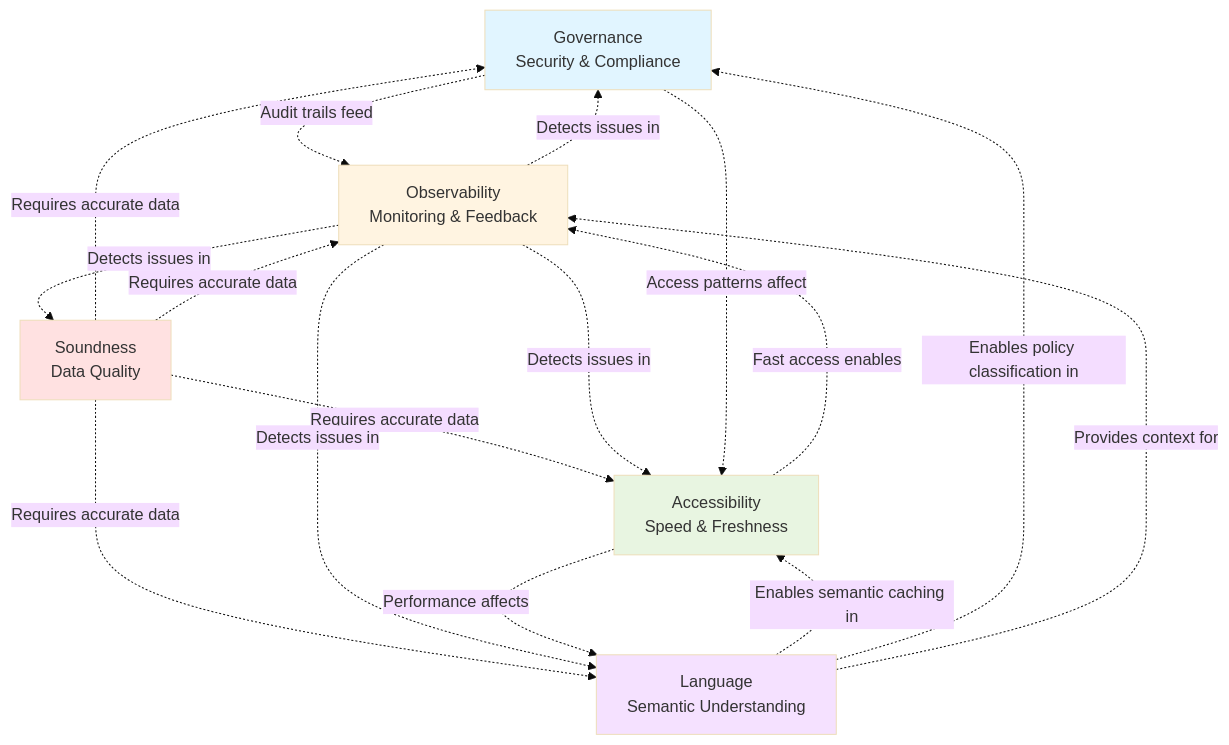
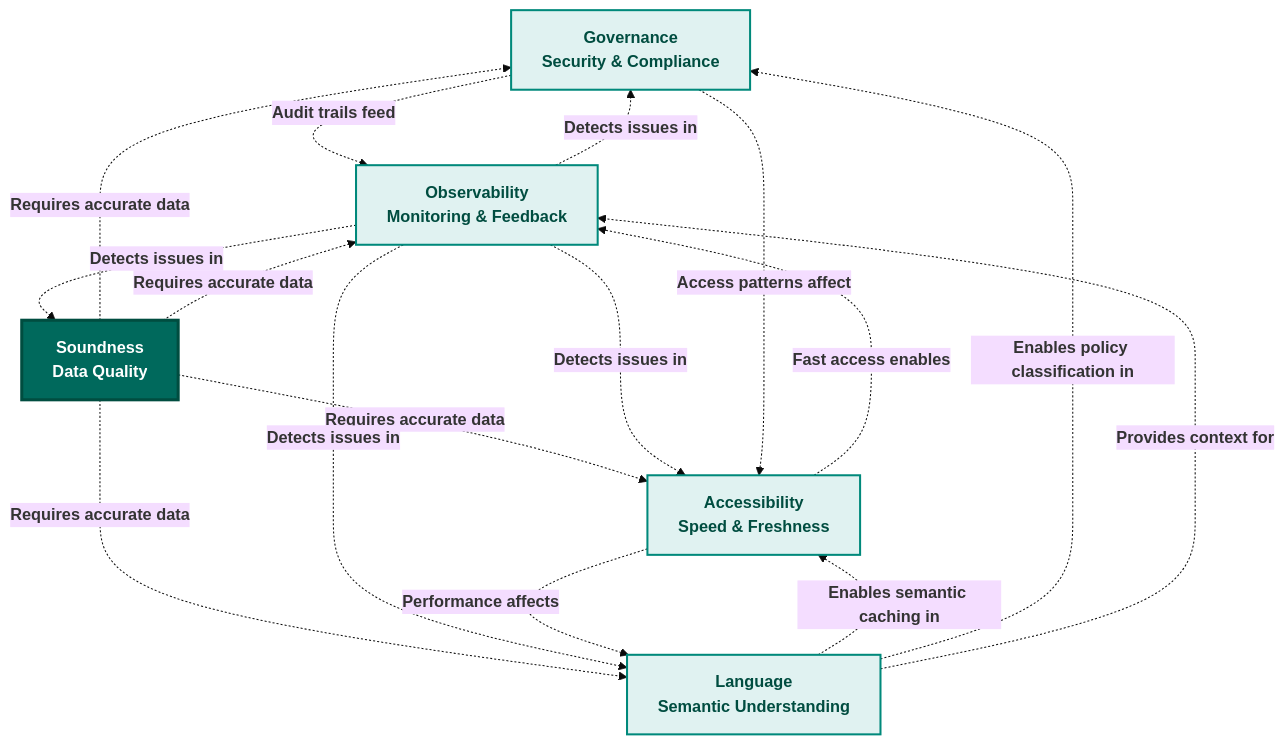
The ninth of 11 diagrams in chapter-02/chapter_2_complete.md (colaberry/enterprise-data-readiness-ai-agents), drawn with Mermaid (base theme) before and after one commit. The commit also changed other lines of this file and 1 other file, not shown here.

````diff
--- a/chapter-02/chapter_2_complete.md
+++ b/chapter-02/chapter_2_complete.md
@@ -1342,34 +1383,34 @@
 ```mermaid
 graph TB
-    G[Governance<br/>Security & Compliance]
-    O[Observability<br/>Monitoring & Feedback]
-    A[Accessibility<br/>Speed & Freshness]
-    L[Language<br/>Semantic Understanding]
-    S[Soundness<br/>Data Quality]
+    G["<b>Governance</b><br/><b>Security & Compliance</b>"]
+    O["<b>Observability</b><br/><b>Monitoring & Feedback</b>"]
+    A["<b>Accessibility</b><br/><b>Speed & Freshness</b>"]
+    L["<b>Language</b><br/><b>Semantic Understanding</b>"]
+    S["<b>Soundness</b><br/><b>Data Quality</b>"]
     
-    S -.->|Requires accurate data| G
-    S -.->|Requires accurate data| O
-    S -.->|Requires accurate data| A
-    S -.->|Requires accurate data| L
+    S -.->|<b>Requires accurate data</b>| G
+    S -.->|<b>Requires accurate data</b>| O
+    S -.->|<b>Requires accurate data</b>| A
+    S -.->|<b>Requires accurate data</b>| L
     
-    O -.->|Detects issues in| G
-    O -.->|Detects issues in| A
-    O -.->|Detects issues in| L
-    O -.->|Detects issues in| S
+    O -.->|<b>Detects issues in</b>| G
+    O -.->|<b>Detects issues in</b>| A
+    O -.->|<b>Detects issues in</b>| L
+    O -.->|<b>Detects issues in</b>| S
     
-    L -.->|Enables semantic caching in| A
-    L -.->|Enables policy classification in| G
-    L -.->|Provides context for| O
+    L -.->|<b>Enables semantic caching in</b>| A
+    L -.->|<b>Enables policy classification in</b>| G
+    L -.->|<b>Provides context for</b>| O
     
-    A -.->|Fast access enables| O
-    A -.->|Performance affects| L
+    A -.->|<b>Fast access enables</b>| O
+    A -.->|<b>Performance affects</b>| L
     
-    G -.->|Audit trails feed| O
-    G -.->|Access patterns affect| A
+    G -.->|<b>Audit trails feed</b>| O
+    G -.->|<b>Access patterns affect</b>| A
     
-    style G fill:#e1f5ff
-    style O fill:#fff4e1
-    style A fill:#e8f5e1
-    style L fill:#f5e1ff
-    style S fill:#ffe1e1
+    style G fill:#e0f2f1,stroke:#00897b,stroke-width:2px,color:#004d40
+    style O fill:#e0f2f1,stroke:#00897b,stroke-width:2px,color:#004d40
+    style A fill:#e0f2f1,stroke:#00897b,stroke-width:2px,color:#004d40
+    style L fill:#e0f2f1,stroke:#00897b,stroke-width:2px,color:#004d40
+    style S fill:#00695c,color:#ffffff,stroke:#004d40,stroke-width:3px
 ```
````
